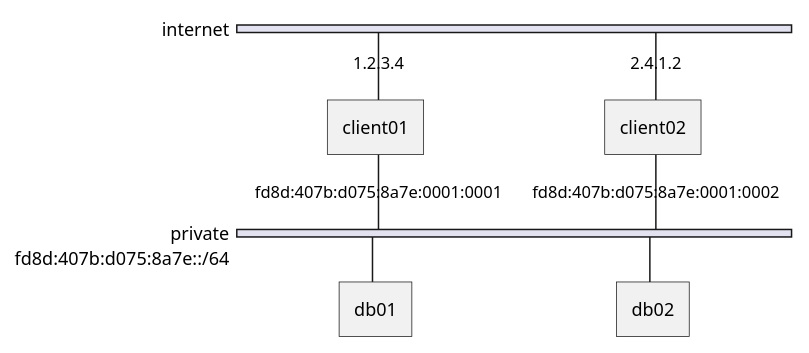
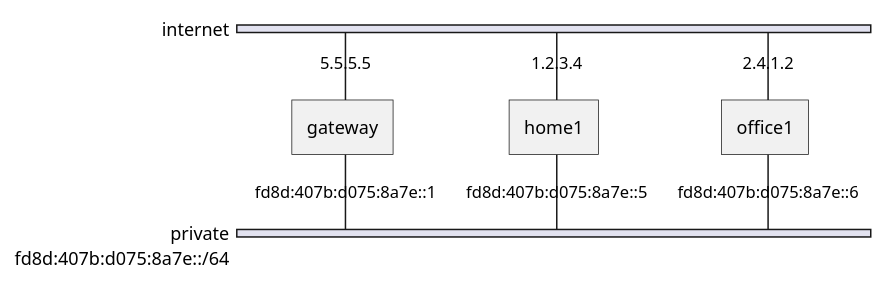
Before and after one commit to mikaelhg/vpn-ipv6: the diagram in docs/index.md, drawn with PlantUML. The commit also changed other lines of this file and 2 other files, not shown here.

````diff
--- a/docs/index.md
+++ b/docs/index.md
@@ -13,16 +21,15 @@
 ```plantuml format="png"
 nwdiag {
   network internet {
-      client01 [address = "1.2.3.4"];
-      client02 [address = "2.4.1.2"];
+      gateway [address = "5.5.5.5"];
+      home1 [address = "1.2.3.4"];
+      office1 [address = "2.4.1.2"];
   }
   network private {
       address = "fd8d:407b:d075:8a7e::/64";
-
-      client01 [address = "fd8d:407b:d075:8a7e:0001:0001"];
-      client02 [address = "fd8d:407b:d075:8a7e:0001:0002"];
-      db01;
-      db02;
+      gateway [address = "fd8d:407b:d075:8a7e::1"];
+      home1 [address = "fd8d:407b:d075:8a7e::5"];
+      office1 [address = "fd8d:407b:d075:8a7e::6"];
   }
 }
 ```
````
